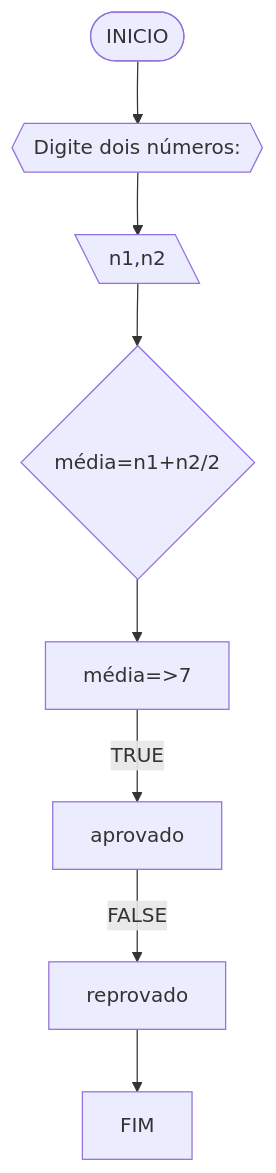
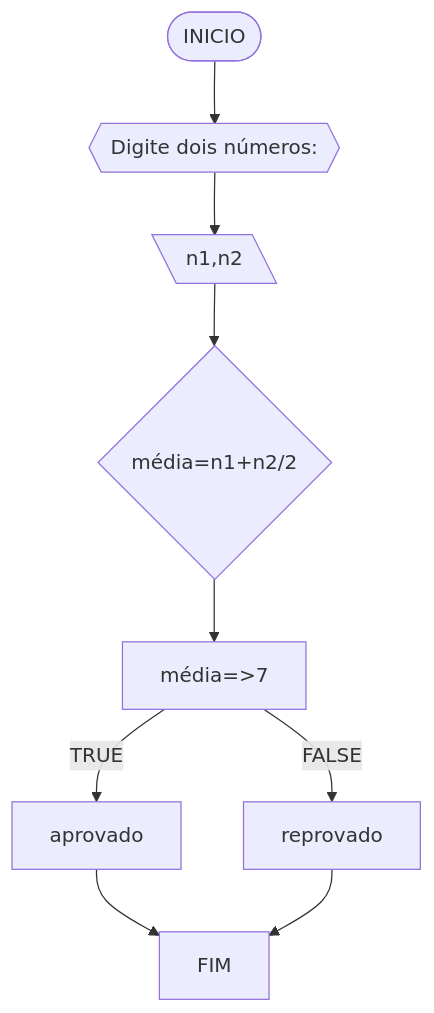
The third of 4 diagrams in RLA/Unidade1/lista1.md (pedrotomezin/unifor), drawn with Mermaid before and after one commit.

````diff
--- a/RLA/Unidade1/lista1.md
+++ b/RLA/Unidade1/lista1.md
@@ -85,10 +85,11 @@
 ```mermaid
 flowchart TD
 A([INICIO]) --> B{{Digite dois números:}}
 B --> C[\n1,n2\]
 C --> D{média=n1+n2/2}
 D --> E[média=>7]
 E --TRUE--> F[aprovado]
-F --FALSE--> G[reprovado]
+E --FALSE--> G[reprovado]
+F --> H[FIM]
 G --> H[FIM]
 ```
````
